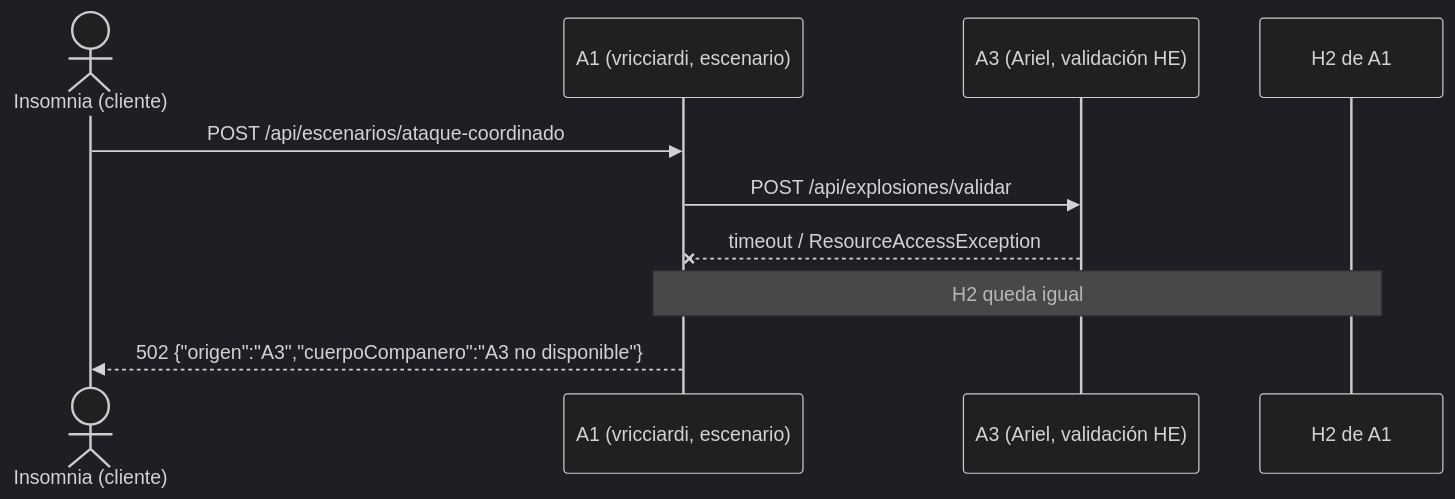
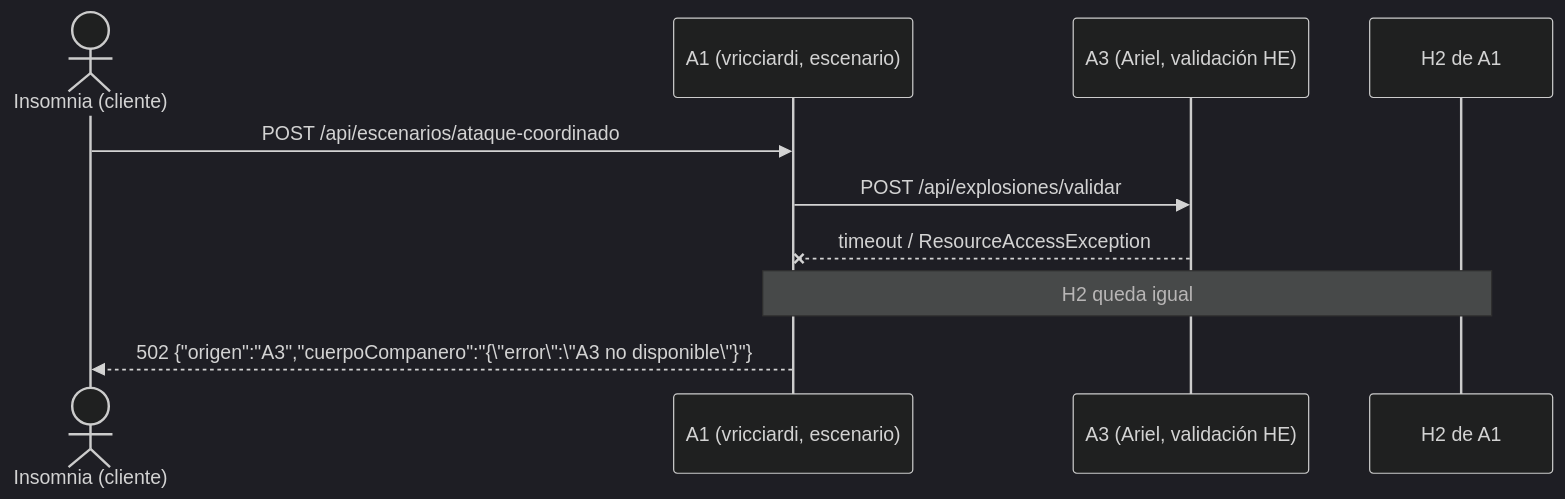
The fifth of 5 diagrams in docs/POO-09-diagramas.md (luckvani-gif/vricciardi-tallerlp3-2026), drawn with Mermaid (dark theme) before and after one commit. The commit also changed other lines of this file and 11 other files, not shown here.

````diff
--- a/docs/POO-09-diagramas.md
+++ b/docs/POO-09-diagramas.md
@@ -94,13 +91,13 @@
 ```mermaid
 sequenceDiagram
     actor Cliente as Insomnia (cliente)
     participant A1 as A1 (vricciardi, escenario)
     participant A3 as A3 (Ariel, validación HE)
     participant H2 as H2 de A1
 
     Cliente->>A1: POST /api/escenarios/ataque-coordinado
     A1->>A3: POST /api/explosiones/validar
     A3--xA1: timeout / ResourceAccessException
     Note over A1,H2: H2 queda igual
-    A1-->>Cliente: 502 {"origen":"A3","cuerpoCompanero":"A3 no disponible"}
+    A1-->>Cliente: 502 {"origen":"A3","cuerpoCompanero":"{\"error\":\"A3 no disponible\"}"}
 ```
````
